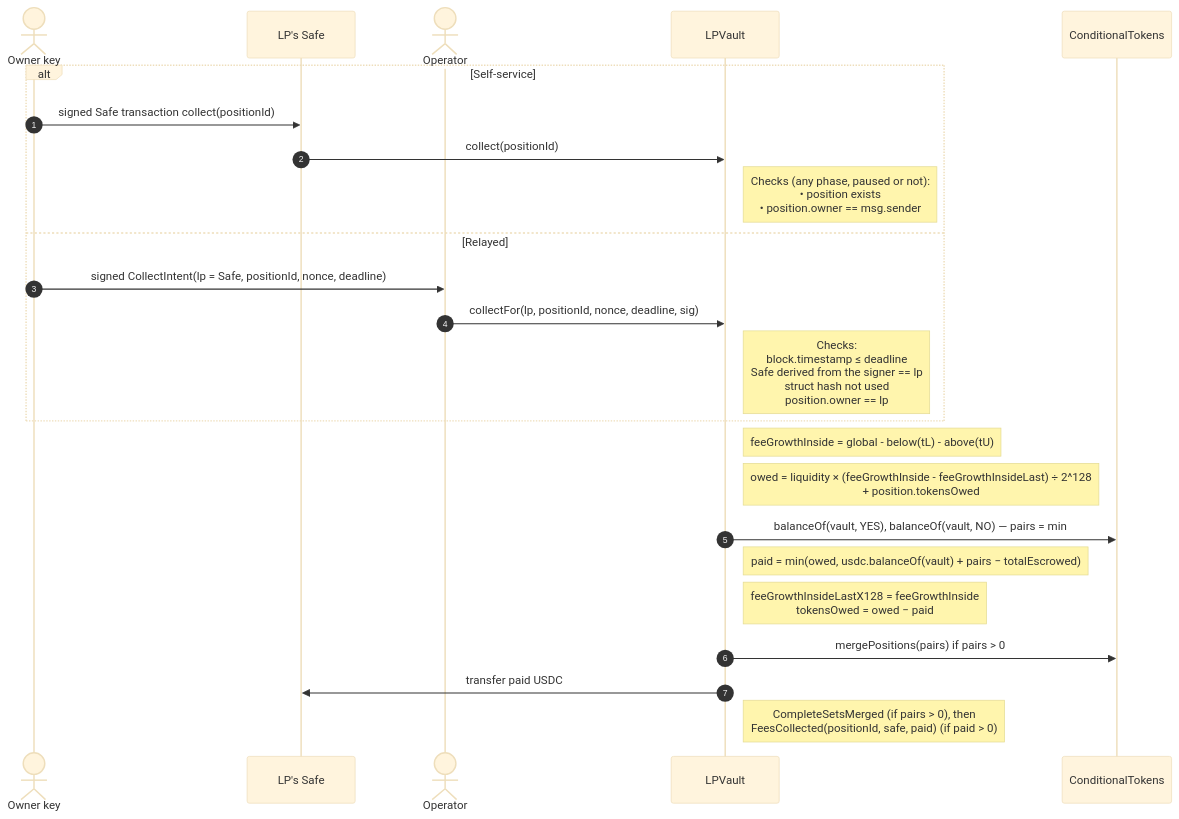
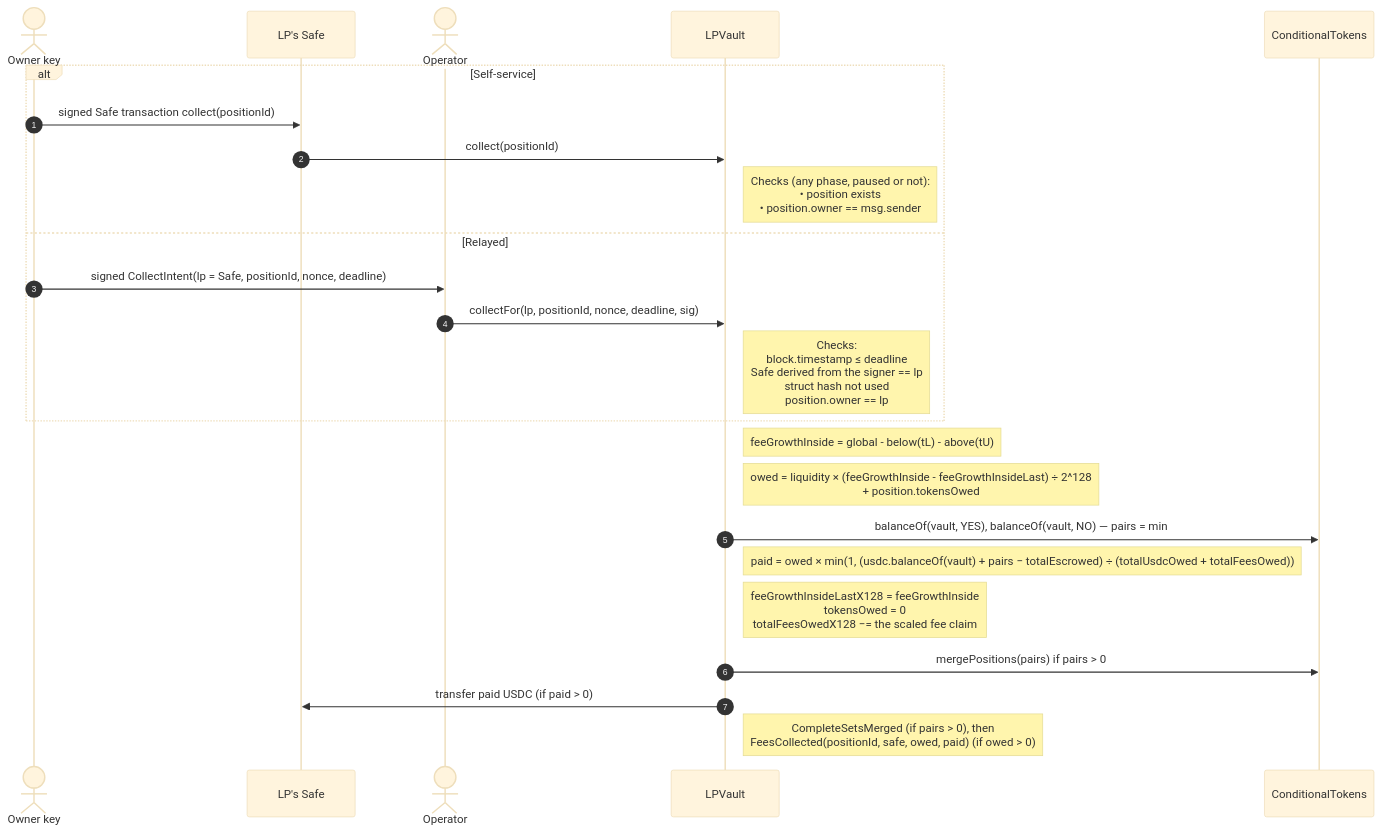
The sixth of 15 diagrams in FLOWS.md (ProphetMarket/lp-vaults), drawn with Mermaid (base theme) before and after one commit. The commit also changed other lines of this file and 3 other files, not shown here.

````diff
--- a/FLOWS.md
+++ b/FLOWS.md
@@ -208,27 +210,27 @@
 ```mermaid
 sequenceDiagram
     autonumber
     actor OwnerKey as Owner key
     participant Safe as LP's Safe
     actor Operator
     participant Vault as LPVault
     participant CTF as ConditionalTokens
 
     alt Self-service
         OwnerKey->>Safe: signed Safe transaction collect(positionId)
         Safe->>Vault: collect(positionId)
         Note right of Vault: Checks (any phase, paused or not):<br/>• position exists<br/>• position.owner == msg.sender
     else Relayed
         OwnerKey->>Operator: signed CollectIntent(lp = Safe, positionId, nonce, deadline)
         Operator->>Vault: collectFor(lp, positionId, nonce, deadline, sig)
         Note right of Vault: Checks:<br/>block.timestamp ≤ deadline<br/>Safe derived from the signer == lp<br/>struct hash not used<br/>position.owner == lp
     end
     Note right of Vault: feeGrowthInside = global - below(tL) - above(tU)
     Note right of Vault: owed = liquidity × (feeGrowthInside - feeGrowthInsideLast) ÷ 2^128<br/>+ position.tokensOwed
     Vault->>CTF: balanceOf(vault, YES), balanceOf(vault, NO) — pairs = min
-    Note right of Vault: paid = min(owed, usdc.balanceOf(vault) + pairs − totalEscrowed)
-    Note right of Vault: feeGrowthInsideLastX128 = feeGrowthInside<br/>tokensOwed = owed − paid
+    Note right of Vault: paid = owed × min(1, (usdc.balanceOf(vault) + pairs − totalEscrowed) ÷ (totalUsdcOwed + totalFeesOwed))
+    Note right of Vault: feeGrowthInsideLastX128 = feeGrowthInside<br/>tokensOwed = 0<br/>totalFeesOwedX128 −= the scaled fee claim
     Vault->>CTF: mergePositions(pairs) if pairs > 0
-    Vault->>Safe: transfer paid USDC
-    Note right of Vault: CompleteSetsMerged (if pairs > 0), then<br/>FeesCollected(positionId, safe, paid) (if paid > 0)
+    Vault->>Safe: transfer paid USDC (if paid > 0)
+    Note right of Vault: CompleteSetsMerged (if pairs > 0), then<br/>FeesCollected(positionId, safe, owed, paid) (if owed > 0)
 ```
````
